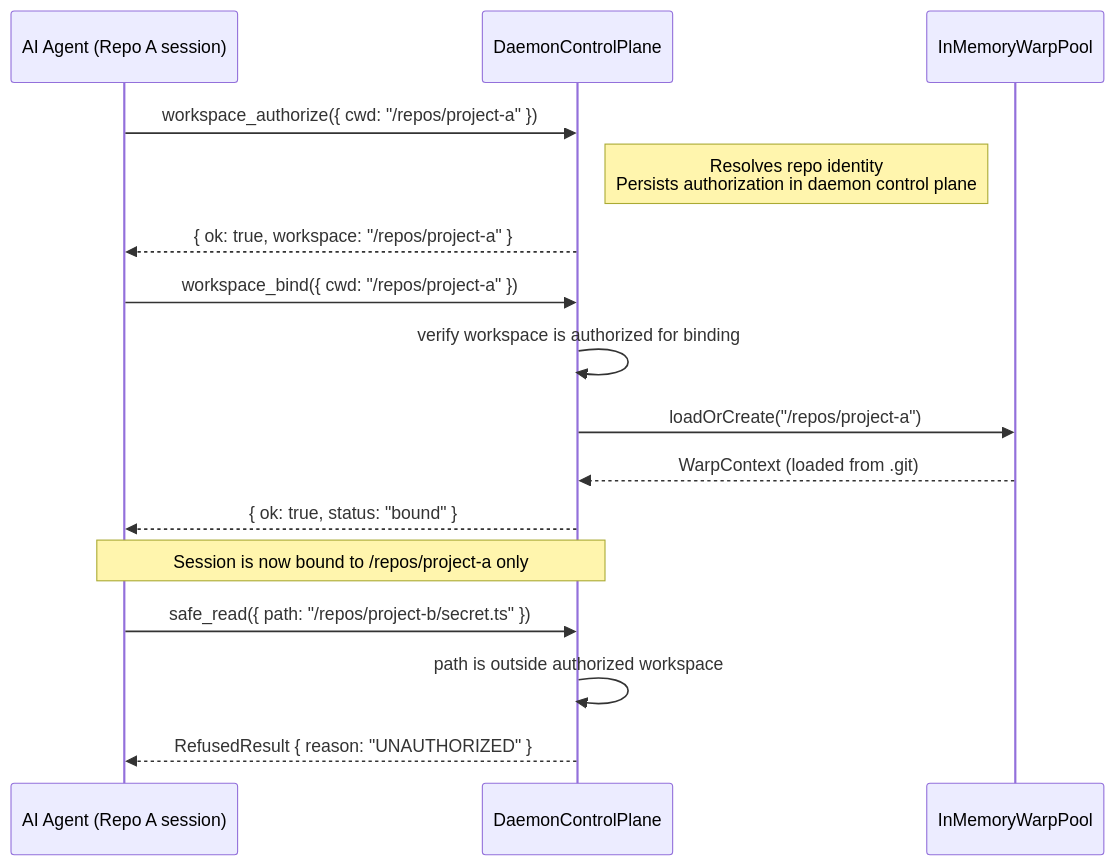
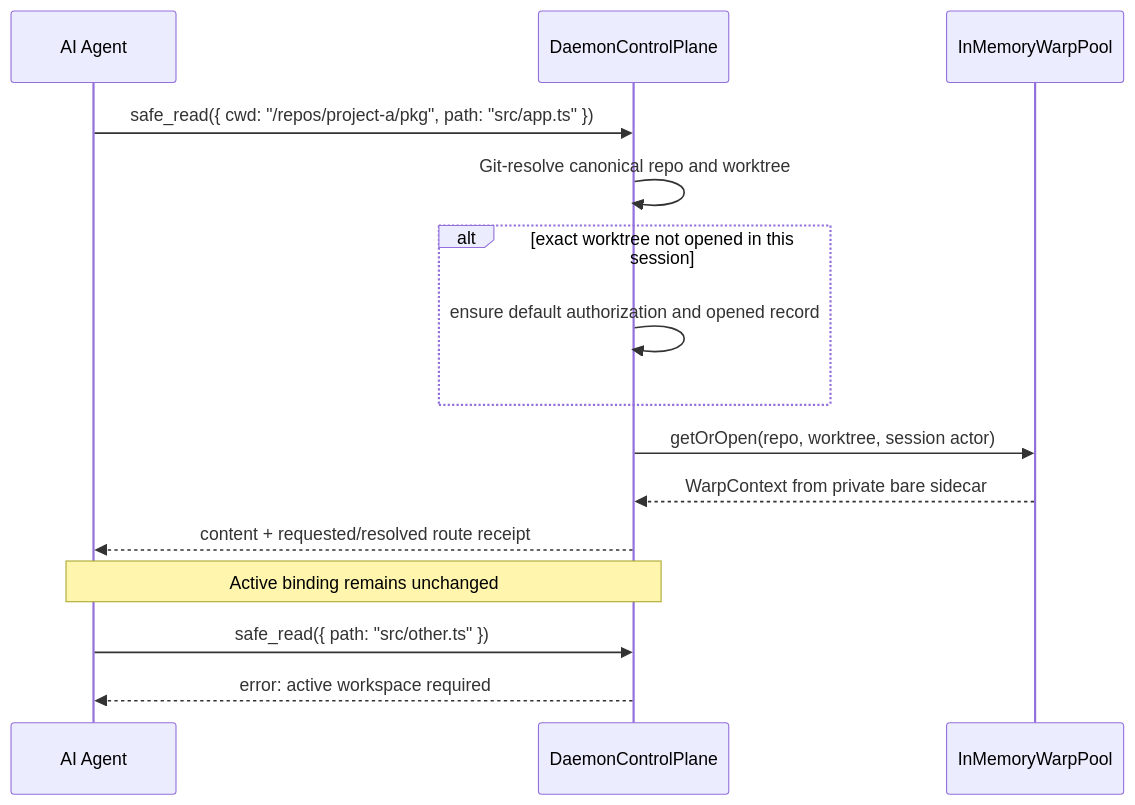
One commit to flyingrobots/graft changed diagram 12 of 29 in docs/TECHNICAL_TEARDOWN.md. Above: the diagram before and after it, drawn with Mermaid. The commit also changed other lines of this file and 15 other files, not shown here.

````diff
--- a/docs/TECHNICAL_TEARDOWN.md
+++ b/docs/TECHNICAL_TEARDOWN.md
@@ -816,22 +829,20 @@
 ```mermaid
 sequenceDiagram
-    participant Agent as AI Agent (Repo A session)
+    participant Agent as AI Agent
     participant CP as DaemonControlPlane
     participant WARP as InMemoryWarpPool
 
-    Agent->>CP: workspace_authorize({ cwd: "/repos/project-a" })
-    Note right of CP: Resolves repo identity<br />Persists authorization in daemon control plane
-    CP-->>Agent: { ok: true, workspace: "/repos/project-a" }
+    Agent->>CP: safe_read({ cwd: "/repos/project-a/pkg", path: "src/app.ts" })
+    CP->>CP: Git-resolve canonical repo and worktree
+    alt exact worktree not opened in this session
+        CP->>CP: ensure default authorization and opened record
+    end
+    CP->>WARP: getOrOpen(repo, worktree, session actor)
+    WARP-->>CP: WarpContext from private bare sidecar
+    CP-->>Agent: content + requested/resolved route receipt
 
-    Agent->>CP: workspace_bind({ cwd: "/repos/project-a" })
-    CP->>CP: verify workspace is authorized for binding
-    CP->>WARP: loadOrCreate("/repos/project-a")
-    WARP-->>CP: WarpContext (loaded from .git)
-    CP-->>Agent: { ok: true, status: "bound" }
+    Note over Agent,CP: Active binding remains unchanged
 
-    Note over Agent,CP: Session is now bound to /repos/project-a only
-
-    Agent->>CP: safe_read({ path: "/repos/project-b/secret.ts" })
-    CP->>CP: path is outside authorized workspace
-    CP-->>Agent: RefusedResult { reason: "UNAUTHORIZED" }
+    Agent->>CP: safe_read({ path: "src/other.ts" })
+    CP-->>Agent: error: active workspace required
 ```
````
